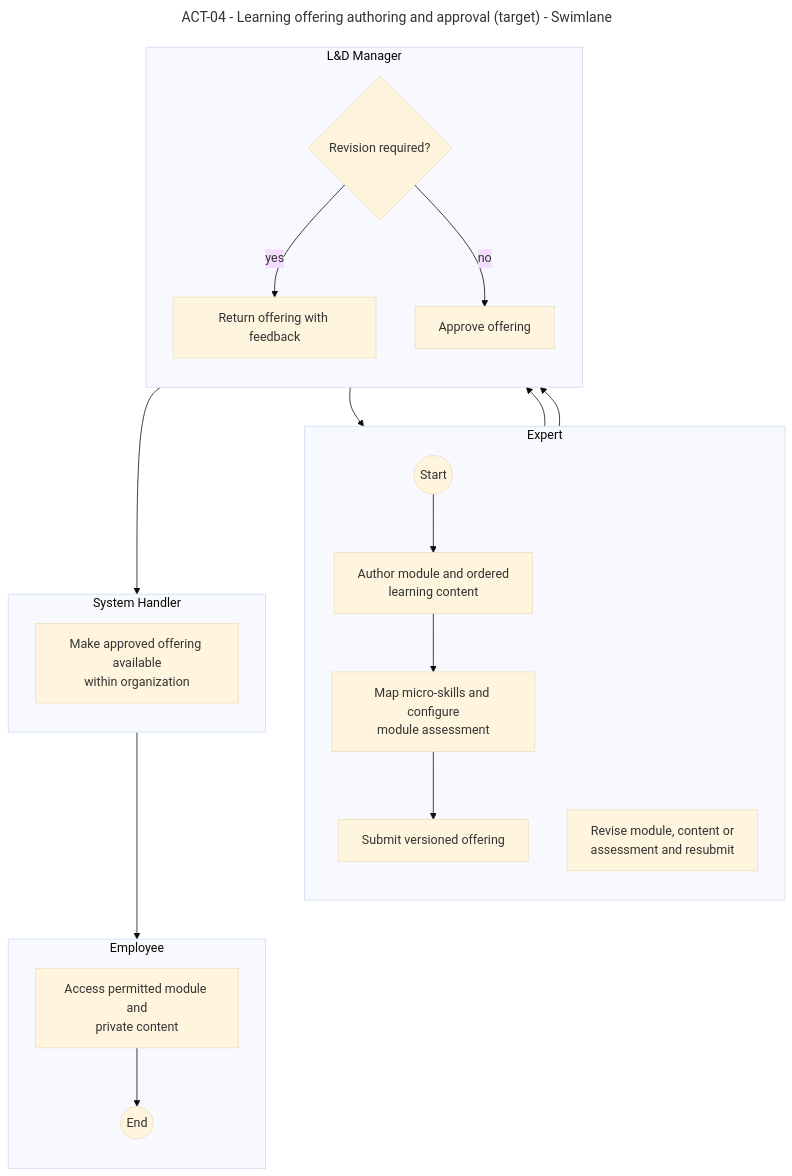
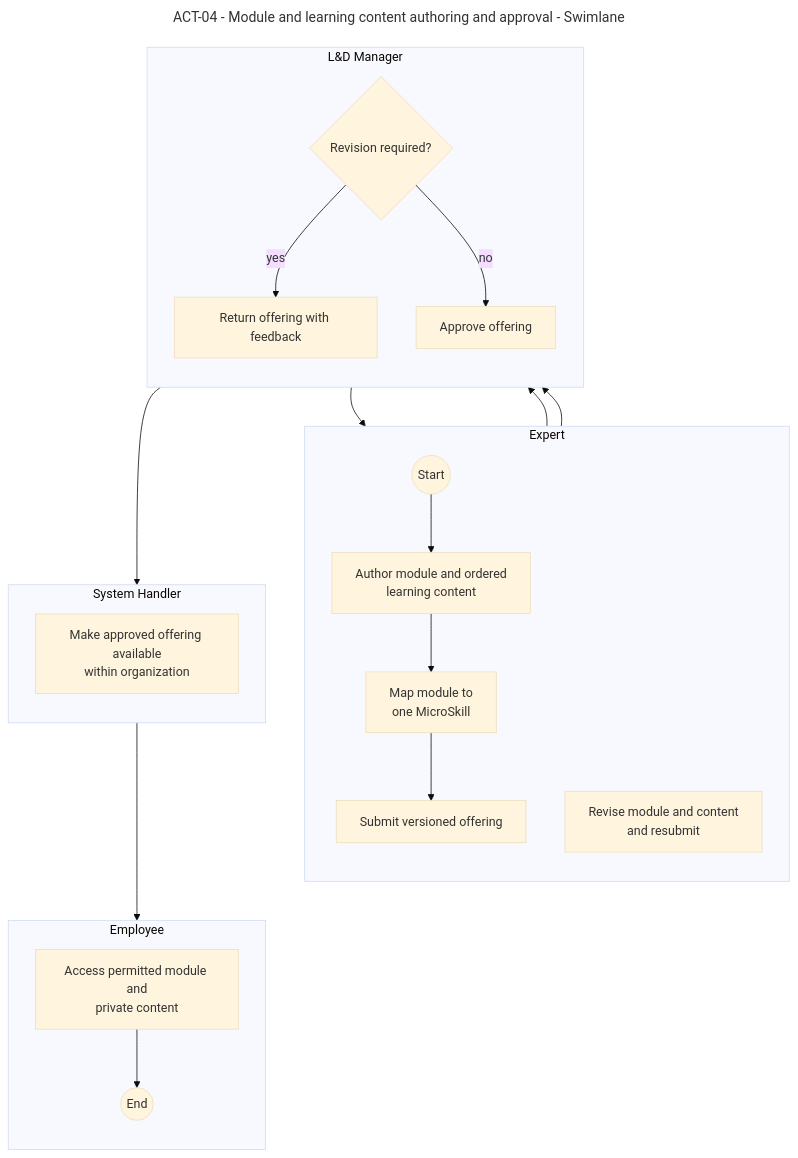
Before and after one commit to SEP490-Fall-2026-GFA26SE64/SEP490: the diagram in documents/diagrams/mermaid/swimlanes/act-04.mmd, drawn with Mermaid. The commit also changed 19 other files, not shown here.

```diff
--- a/documents/diagrams/mermaid/swimlanes/act-04.mmd
+++ b/documents/diagrams/mermaid/swimlanes/act-04.mmd
@@ -1,41 +1,41 @@
 ---
-title: "ACT-04 - Learning offering authoring and approval (target) - Swimlane"
+title: "ACT-04 - Module and learning content authoring and approval - Swimlane"
 config: {theme: base, look: classic, flowchart: {htmlLabels: true}}
 ---
 flowchart TD
   subgraph Actor0["Expert"]
     direction TB
     SRS_ACT_04_N1(("Start"))
     SRS_ACT_04_N2["Author module and ordered<br/>learning content"]
-    SRS_ACT_04_N3["Map micro-skills and configure<br/>module assessment"]
+    SRS_ACT_04_N3["Map module to<br/>one MicroSkill"]
     SRS_ACT_04_N4["Submit versioned offering"]
-    SRS_ACT_04_N7["Revise module, content or<br/>assessment and resubmit"]
+    SRS_ACT_04_N7["Revise module and content<br/>and resubmit"]
   end
   subgraph Actor1["L&amp;D Manager"]
     direction TB
     SRS_ACT_04_N5{"Revision required?"}
     SRS_ACT_04_N6["Return offering with feedback"]
     SRS_ACT_04_N8["Approve offering"]
   end
   subgraph Actor2["System Handler"]
     direction TB
     SRS_ACT_04_N9["Make approved offering available<br/>within organization"]
   end
   subgraph Actor3["Employee"]
     direction TB
     SRS_ACT_04_N10["Access permitted module and<br/>private content"]
     SRS_ACT_04_N11(("End"))
   end
   SRS_ACT_04_N1 --> SRS_ACT_04_N2
   SRS_ACT_04_N2 --> SRS_ACT_04_N3
   SRS_ACT_04_N3 --> SRS_ACT_04_N4
   SRS_ACT_04_N4 --> SRS_ACT_04_N5
   SRS_ACT_04_N5 -->|"yes"| SRS_ACT_04_N6
   SRS_ACT_04_N6 --> SRS_ACT_04_N7
   SRS_ACT_04_N7 --> SRS_ACT_04_N5
   SRS_ACT_04_N5 -->|"no"| SRS_ACT_04_N8
   SRS_ACT_04_N8 --> SRS_ACT_04_N9
   SRS_ACT_04_N9 --> SRS_ACT_04_N10
   SRS_ACT_04_N10 --> SRS_ACT_04_N11
 
   %% Fixed actor-column layout is exported by render-business-swimlanes.cjs.
```
